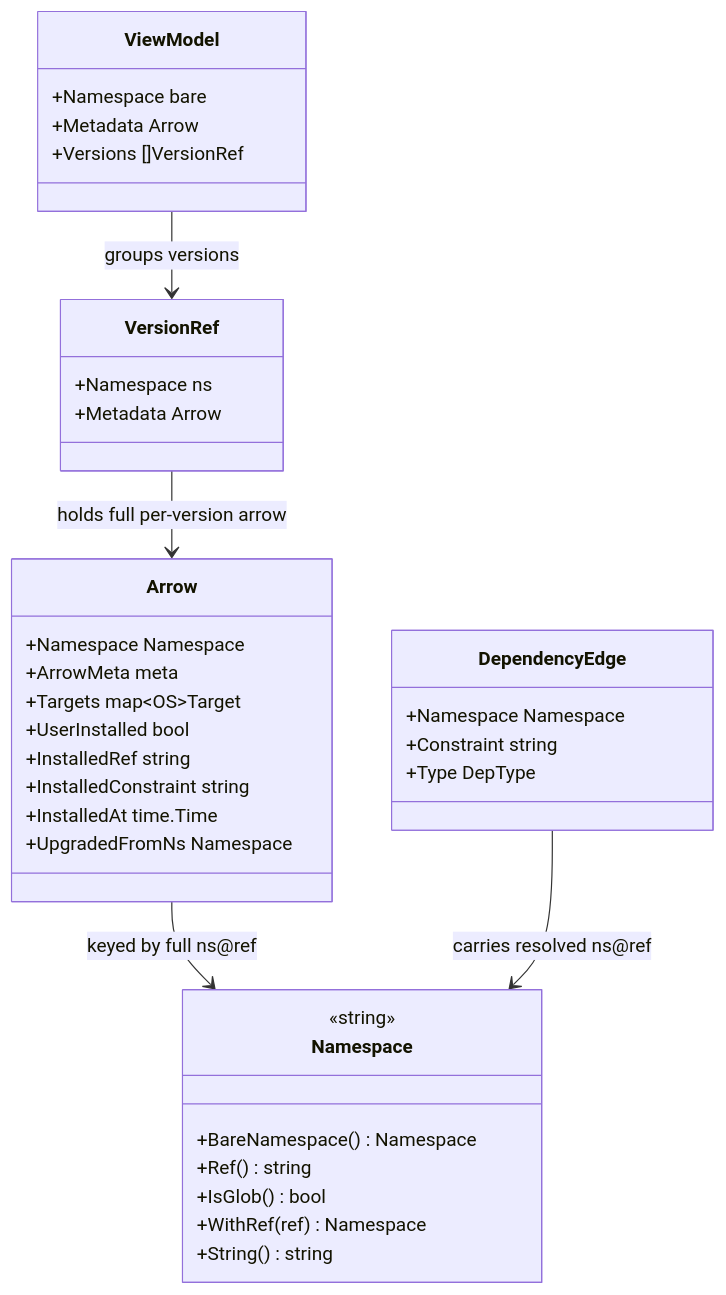
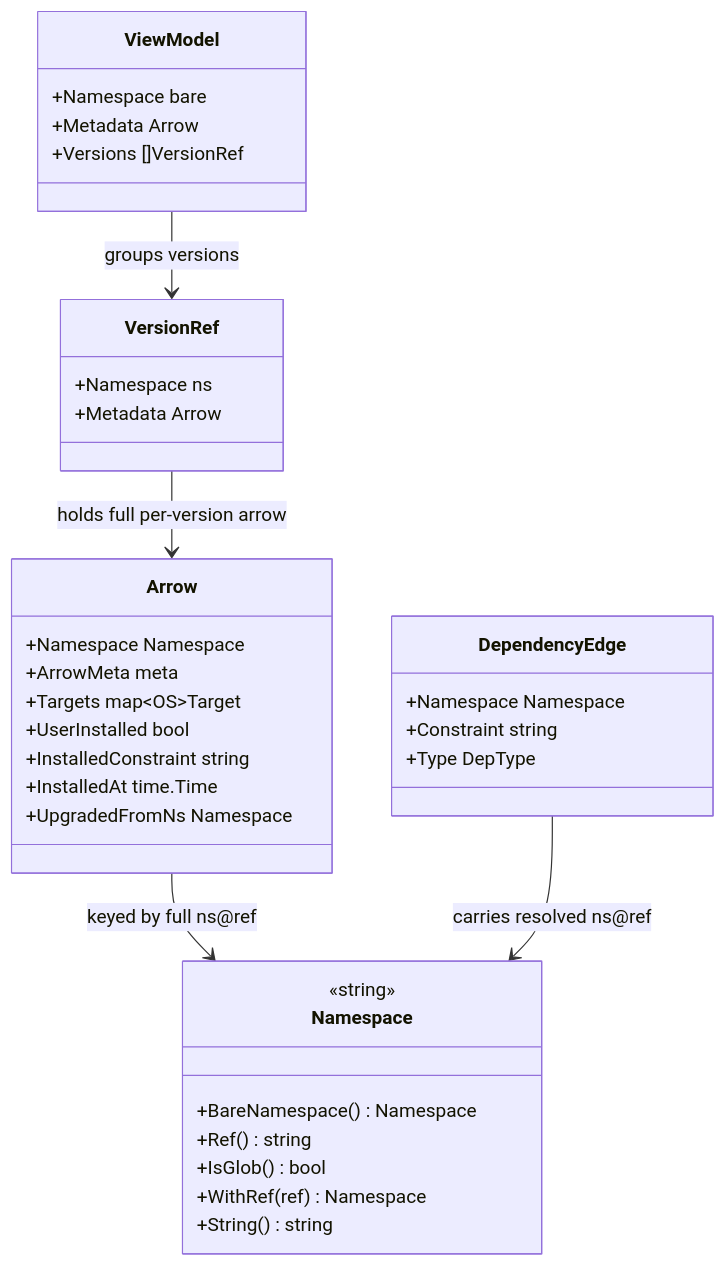
The first of 2 diagrams in docs/spec/manifests/v0/versioning.md (rabbytesoftware/quiver.core), drawn with Mermaid before and after one commit. The commit also changed other lines of this file and 380 other files, not shown here.

````diff
--- a/docs/spec/manifests/v0/versioning.md
+++ b/docs/spec/manifests/v0/versioning.md
@@ -127,44 +148,43 @@
 ```mermaid
 classDiagram
     class Namespace {
         <<string>>
         +BareNamespace() Namespace
         +Ref() string
         +IsGlob() bool
         +WithRef(ref) Namespace
         +String() string
     }
 
     class Arrow {
         +Namespace Namespace
         +ArrowMeta meta
         +Targets map~OS~Target
         +UserInstalled bool
-        +InstalledRef string
         +InstalledConstraint string
         +InstalledAt time.Time
         +UpgradedFromNs Namespace
     }
 
     class DependencyEdge {
         +Namespace Namespace
         +Constraint string
         +Type DepType
     }
 
     class ViewModel {
         +Namespace bare
         +Metadata Arrow
         +Versions []VersionRef
     }
 
     class VersionRef {
         +Namespace ns
         +Metadata Arrow
     }
 
     Arrow --> Namespace : keyed by full ns@ref
     DependencyEdge --> Namespace : carries resolved ns@ref
     ViewModel --> VersionRef : groups versions
     VersionRef --> Arrow : holds full per-version arrow
 ```
````
